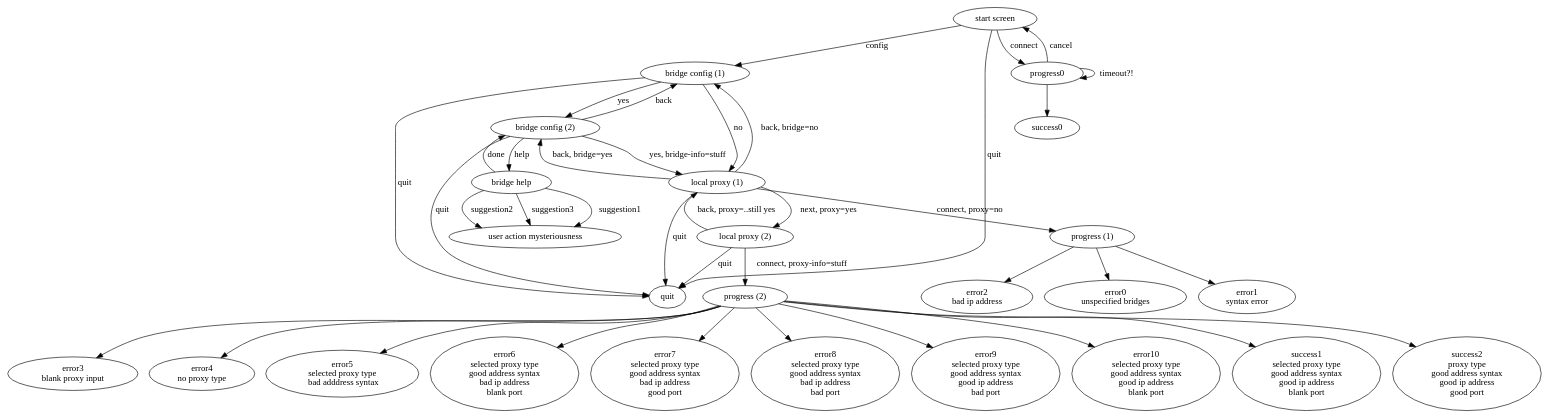
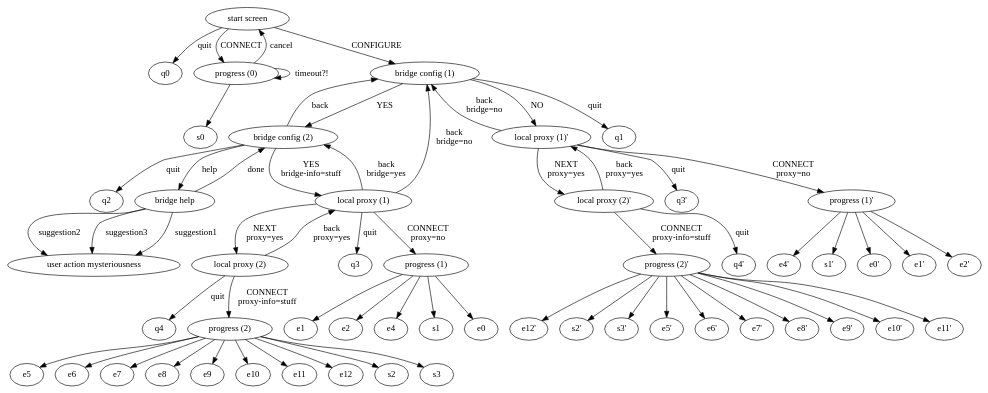
One commit to lindanlee/PETS2017-paper changed the diagram in torconfig.dot. Above: the diagram before and after it, drawn with Graphviz. The commit also changed 1 other file, not shown here.

```diff
--- a/torconfig.dot
+++ b/torconfig.dot
@@ -1,40 +1,66 @@
 digraph torconfig {
-	"start screen" -> quit [label=quit];
-	"start screen" -> "progress0" [label=connect];
-	"progress0" -> "start screen" [label=cancel];
-	"progress0" -> progress0 [label="timeout?!"];
-	"progress0" -> "success0";
-	"start screen" -> "bridge config (1)" [label=config];
-	"bridge config (1)" -> quit [label=quit];
-	"bridge config (1)" -> "bridge config (2)" [label=yes];
+	"start screen" -> q0 [label=quit];
+	"start screen" -> "progress (0)" [label=CONNECT];
+	"progress (0)" -> "start screen" [label=cancel];
+	"progress (0)" -> "progress (0)" [label="timeout?!"];
+	"progress (0)" -> "s0";
+	"start screen" -> "bridge config (1)" [label=CONFIGURE];
+	"bridge config (1)" -> q1 [label=quit];
+	"bridge config (1)" -> "bridge config (2)" [label=YES];
 	"bridge config (2)" -> "bridge config (1)" [label=back];
-	"bridge config (2)" -> quit [label=quit];
+	"bridge config (2)" -> q2 [label=quit];
 	"bridge config (2)" -> "bridge help" [label=help];
 	"bridge help" -> "bridge config (2)" [label=done];
 	"bridge help" -> "user action mysteriousness" [label=suggestion1];
 	"bridge help" -> "user action mysteriousness" [label=suggestion2];
 	"bridge help" -> "user action mysteriousness" [label=suggestion3];
-	"bridge config (1)" -> "local proxy (1)" [label=no];
-	"bridge config (2)" -> "local proxy (1)" [label="yes, bridge-info=stuff"];
-	"local proxy (1)" -> "bridge config (1)" [label="back, bridge=no"];
-	"local proxy (1)" -> "bridge config (2)" [label="back, bridge=yes"];
-	"local proxy (1)" -> quit [label=quit];
-	"local proxy (1)" -> "progress (1)" [label="connect, proxy=no"];
-	"progress (1)" -> "error0\n unspecified bridges";
-	"progress (1)" -> "error1\n syntax error";
-	"progress (1)" -> "error2\n bad ip address";
-	"local proxy (1)" -> "local proxy (2)" [label="next, proxy=yes"];	
-	"local proxy (2)" -> "local proxy (1)" [label="back, proxy=..still yes"];
-	"local proxy (2)" -> quit [label=quit];
-	"local proxy (2)" -> "progress (2)" [label="connect, proxy-info=stuff"];
-	"progress (2)" -> "error3\n blank proxy input";
-	"progress (2)" -> "error4\n no proxy type";
-	"progress (2)" -> "error5\n selected proxy type\n  bad adddress syntax";
-	"progress (2)" -> "error6\n selected proxy type\n good address syntax\n bad ip address\n blank port";
-	"progress (2)" -> "error7\n selected proxy type\n good address syntax\n bad ip address\n good port";
-	"progress (2)" -> "error8\n selected proxy type\n good address syntax\n bad ip address\n bad port";
-	"progress (2)" -> "error9\n selected proxy type\n good address syntax\n good ip address\n bad port";
-	"progress (2)" -> "error10\n selected proxy type\n good address syntax\n good ip address\n blank port";
-	"progress (2)" -> "success1\n selected proxy type\n good address syntax\n good ip address\n blank port";
-	"progress (2)" -> "success2\n proxy type\n good address syntax\n good ip address\n good port";
+	"bridge config (1)" -> "local proxy (1)'" [label=NO];
+	"bridge config (2)" -> "local proxy (1)" [label="YES\nbridge-info=stuff"];
+	#####################################################################################################
+	"local proxy (1)" -> "bridge config (1)" [label="back\nbridge=no"];
+	"local proxy (1)" -> "bridge config (2)" [label="back\nbridge=yes"];
+	"local proxy (1)" -> q3 [label=quit];
+	"local proxy (1)" -> "progress (1)" [label="CONNECT\nproxy=no"];
+	"progress (1)" -> "s1";
+	"progress (1)" -> "e0"; #unspecified bridges
+	"progress (1)" -> "e1"; #syntax error
+	"progress (1)" -> "e2"; #bad ip address
+	"progress (1)" -> "e4"; #bridge blocked in country
+	"local proxy (1)" -> "local proxy (2)" [label="NEXT\nproxy=yes"];	
+	"local proxy (2)" -> "local proxy (1)" [label="back\nproxy=yes"];
+	"local proxy (2)" -> q4 [label=quit];
+	"local proxy (2)" -> "progress (2)" [label="CONNECT\nproxy-info=stuff"];
+	"progress (2)" -> "e5"; #blank proxy input
+	"progress (2)" -> "e6"; #no proxy type
+	"progress (2)" -> "e7"; #selected proxy type, bad adddress syntax
+	"progress (2)" -> "e8"; #selected proxy type, good address syntax, bad ip address, blank port
+	"progress (2)" -> "e9"; #selected proxy type, good address syntax, bad ip address, good port
+	"progress (2)" -> "e10"; #selected proxy type, good address syntax, bad ip address, bad port
+	"progress (2)" -> "e11"; #selected proxy type, good address syntax, good ip address, bad port
+	"progress (2)" -> "e12"; #selected proxy type, good address syntax, good ip address, blank port
+	"progress (2)" -> "s2"; #selected proxy type, good address syntax, good ip address, blank port
+	"progress (2)" -> "s3"; #selected proxy type, good address syntax, good ip address, good port
+	#####################################################################################################
+	"local proxy (1)'" -> "bridge config (1)" [label="back\nbridge=no"];
+	"local proxy (1)'" -> "q3'" [label=quit];
+	"local proxy (1)'" -> "progress (1)'" [label="CONNECT\nproxy=no"];
+	"progress (1)'" -> "s1'";
+	"progress (1)'" -> "e0'"; #unspecified bridges
+	"progress (1)'" -> "e1'"; #syntax error
+	"progress (1)'" -> "e2'"; #bad ip address
+	"progress (1)'" -> "e4'"; #bridge blocked in country
+	"local proxy (1)'" -> "local proxy (2)'" [label="NEXT\nproxy=yes"];	
+	"local proxy (2)'" -> "local proxy (1)'" [label="back\nproxy=yes"];
+	"local proxy (2)'" -> "q4'" [label=quit];
+	"local proxy (2)'" -> "progress (2)'" [label="CONNECT\nproxy-info=stuff"];
+	"progress (2)'" -> "e5'"; #blank proxy input
+	"progress (2)'" -> "e6'"; #no proxy type
+	"progress (2)'" -> "e7'"; #selected proxy type, bad adddress syntax
+	"progress (2)'" -> "e8'"; #selected proxy type, good address syntax, bad ip address, blank port
+	"progress (2)'" -> "e9'"; #selected proxy type, good address syntax, bad ip address, good port
+	"progress (2)'" -> "e10'"; #selected proxy type, good address syntax, bad ip address, bad port
+	"progress (2)'" -> "e11'"; #selected proxy type, good address syntax, good ip address, bad port
+	"progress (2)'" -> "e12'"; #selected proxy type, good address syntax, good ip address, blank port
+	"progress (2)'" -> "s2'"; #selected proxy type, good address syntax, good ip address, blank port
+	"progress (2)'" -> "s3'"; #selected proxy type, good address syntax, good ip address, good port
 }
```
